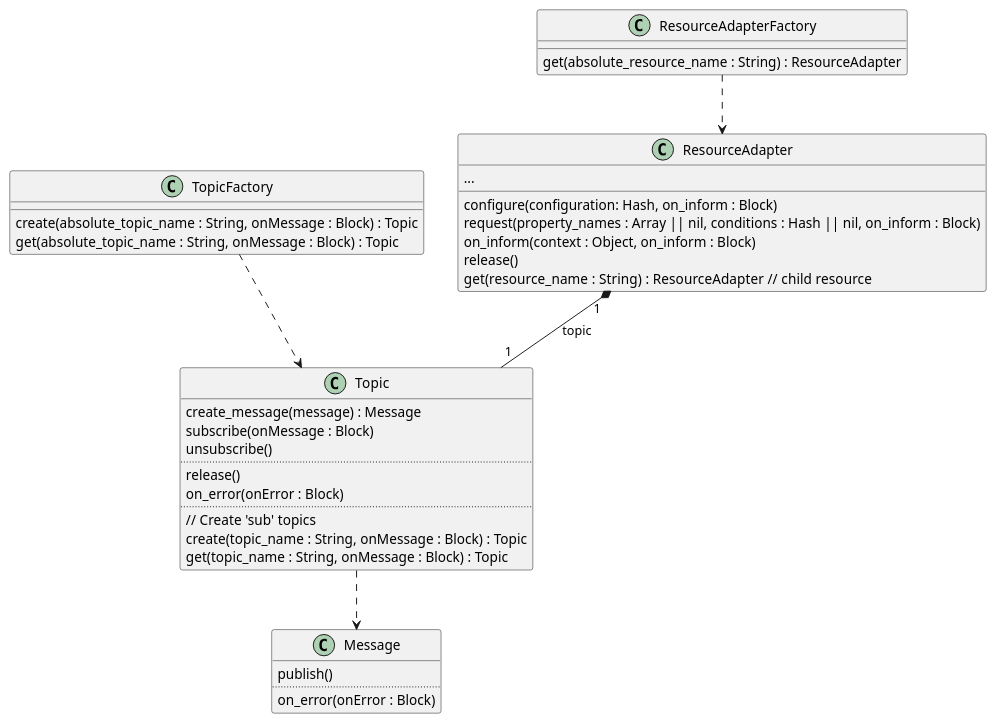
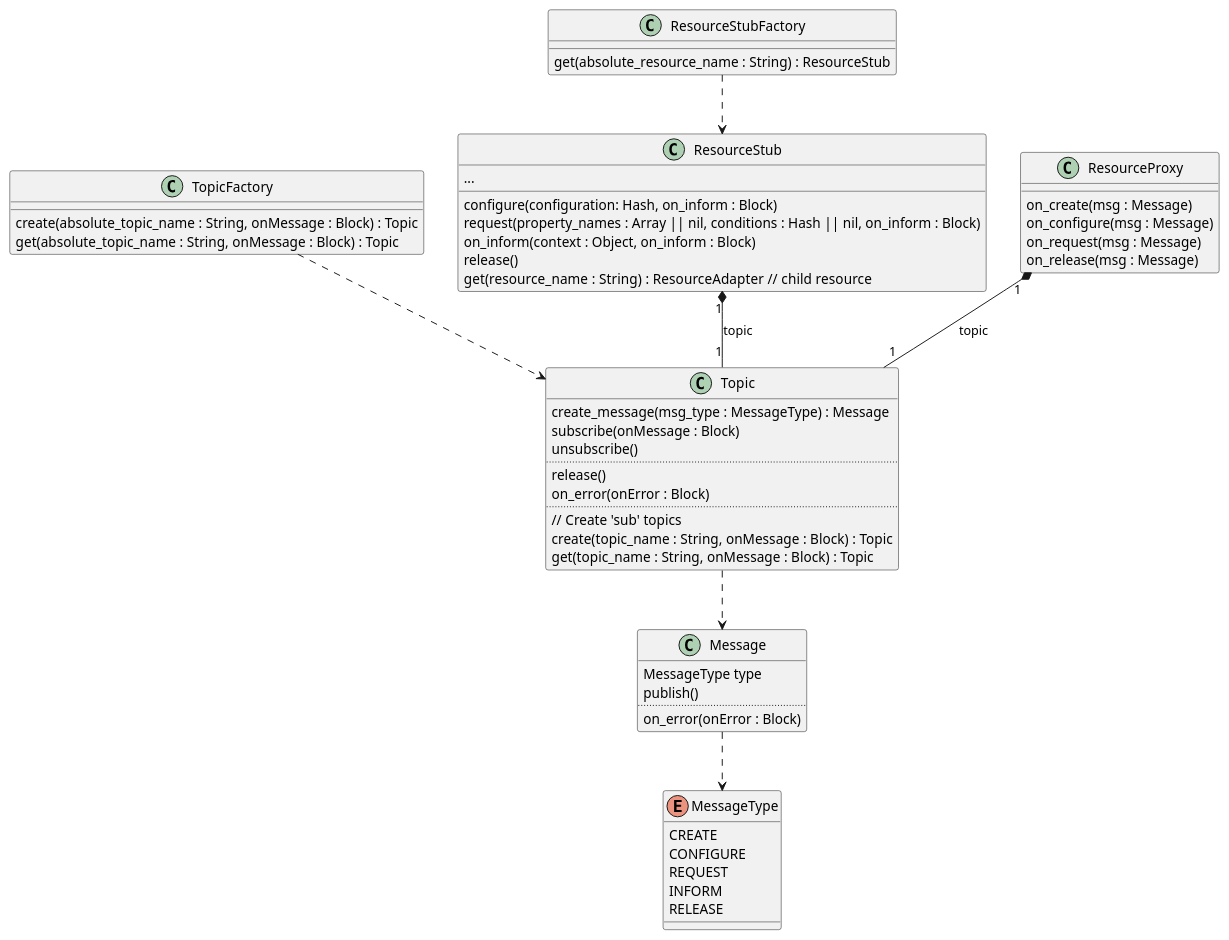
One commit to mytestbed/omf changed the diagram in doc/communication.puml. Above: the diagram before and after it, drawn with PlantUML.

Commit message:
Added sequence diagram describing comms layer

```diff
--- a/doc/communication.puml
+++ b/doc/communication.puml
@@ -3,49 +3,71 @@
 @startuml 
 
+enum MessageType {
+  CREATE
+  CONFIGURE
+  REQUEST
+  INFORM
+  RELEASE
+}
+
 class Message {
+  MessageType type
   publish()
   ..
   on_error(onError : Block)
 }
 
+Message ..> MessageType
+
+
 class Topic {
-    create_message(message) : Message
+    create_message(msg_type : MessageType) : Message
     subscribe(onMessage : Block)
     unsubscribe()
     ..
     release()
     on_error(onError : Block)
     ..
     // Create 'sub' topics
     create(topic_name : String, onMessage : Block) : Topic
     get(topic_name : String, onMessage : Block) : Topic
 }
 
 
 Topic ..> Message
 
 class TopicFactory {
     create(absolute_topic_name : String, onMessage : Block) : Topic
     get(absolute_topic_name : String, onMessage : Block) : Topic
 }
 
 TopicFactory ..> Topic
 
-class ResourceAdapter {
+class ResourceStub {
     configure(configuration: Hash, on_inform : Block)
     request(property_names : Array || nil, conditions : Hash || nil, on_inform : Block)
     on_inform(context : Object, on_inform : Block)
     release()
     ...
     get(resource_name : String) : ResourceAdapter  // child resource
 }
-ResourceAdapter "1" *-- "1" Topic : topic
+ResourceStub "1" *-- "1" Topic : topic
 
 
-class ResourceAdapterFactory {
-    get(absolute_resource_name : String) : ResourceAdapter
+class ResourceStubFactory {
+    get(absolute_resource_name : String) : ResourceStub
 }
 
-ResourceAdapterFactory ..> ResourceAdapter
+ResourceStubFactory ..> ResourceStub
+
+class ResourceProxy {
+  on_create(msg : Message)
+  on_configure(msg : Message)
+  on_request(msg : Message)
+  on_release(msg : Message)
+}
+ResourceProxy "1" *-- "1" Topic : topic
+
+
 
 @enduml
```
